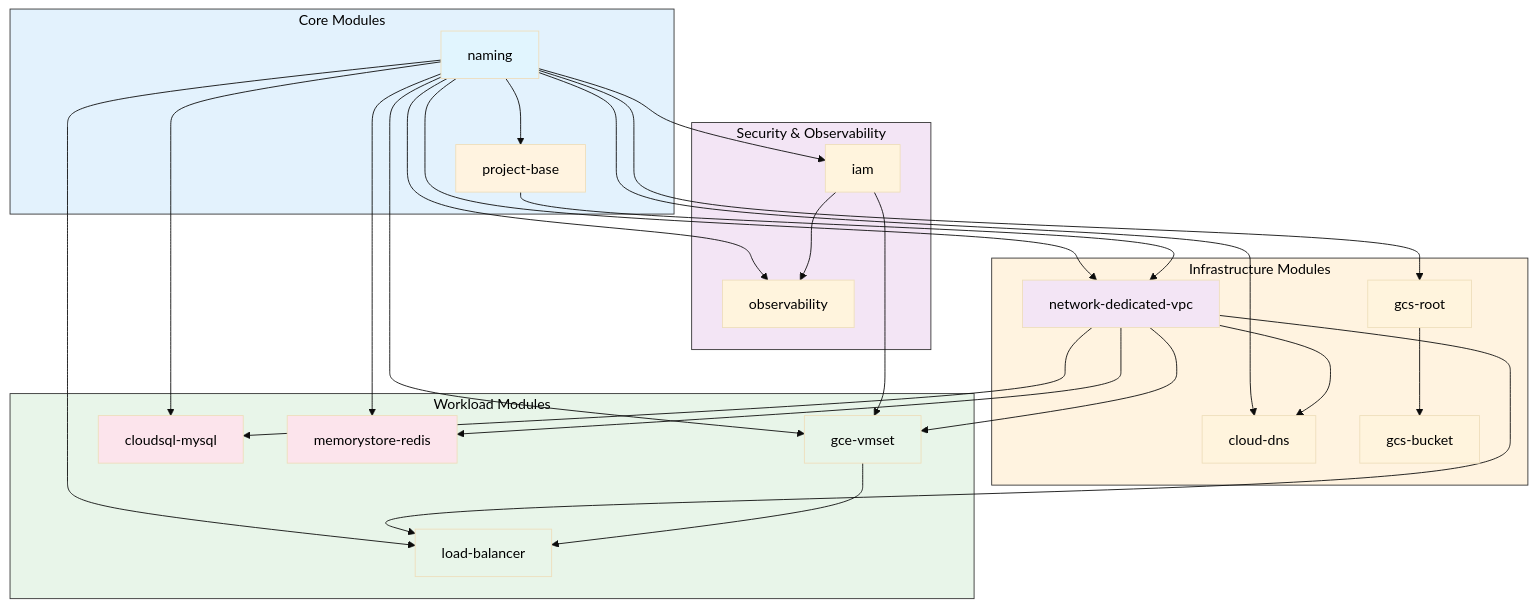
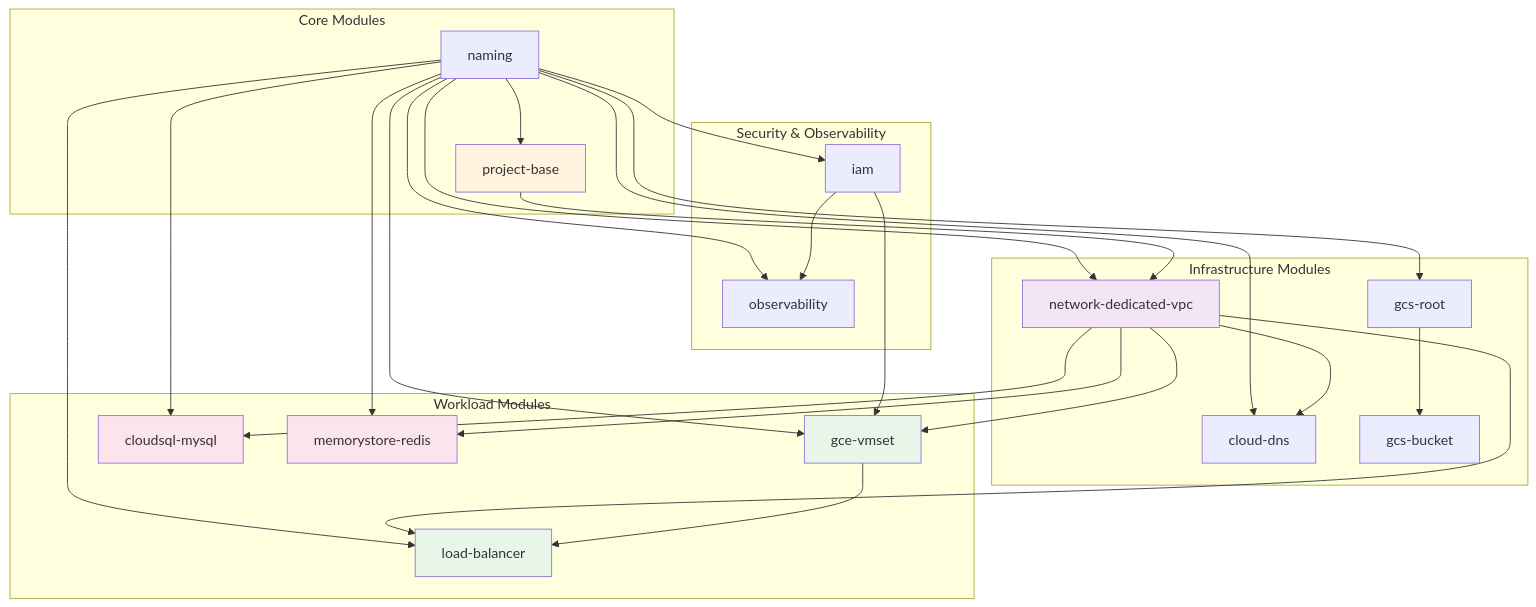
The second of 4 diagrams in terraform_gcp_infra/docs/architecture/overview.md (JSJ2337/GCP_terraform_code), drawn with Mermaid before and after one commit. The commit also changed other lines of this file and 5 other files, not shown here.

First line of the commit message:
fix: Mermaid 다이어그램 테마를 default로 변경 및 단순화

````diff
--- a/terraform_gcp_infra/docs/architecture/overview.md
+++ b/terraform_gcp_infra/docs/architecture/overview.md
@@ -59,68 +57,64 @@
 ```mermaid
-%%{init: {'theme': 'base', 'themeVariables': { 'primaryTextColor': '#000000', 'secondaryTextColor': '#000000', 'tertiaryTextColor': '#000000', 'clusterBkg': '#ffffff', 'clusterBorder': '#333333' }}}%%
+%%{init: {'theme': 'default'}}%%
 graph TB
     subgraph Core["Core Modules"]
         NAMING[naming]
         PROJECT[project-base]
     end
 
     subgraph Infra["Infrastructure Modules"]
         NETWORK[network-dedicated-vpc]
         DNS[cloud-dns]
         STORAGE[gcs-root]
         BUCKET[gcs-bucket]
     end
 
     subgraph Security["Security & Observability"]
         IAM[iam]
         OBS[observability]
     end
 
     subgraph Workload["Workload Modules"]
         VM[gce-vmset]
         SQL[cloudsql-mysql]
         REDIS[memorystore-redis]
         LB[load-balancer]
     end
 
     %% Core dependencies
     NAMING --> PROJECT
     NAMING --> NETWORK
     NAMING --> DNS
     NAMING --> STORAGE
     NAMING --> IAM
     NAMING --> OBS
     NAMING --> VM
     NAMING --> SQL
     NAMING --> REDIS
     NAMING --> LB
 
     %% Infrastructure dependencies
     PROJECT --> NETWORK
     NETWORK --> DNS
     NETWORK --> VM
     NETWORK --> SQL
     NETWORK --> REDIS
     NETWORK --> LB
 
     STORAGE --> BUCKET
 
     %% Security dependencies
     IAM --> VM
     IAM --> OBS
 
     %% Workload dependencies
     VM --> LB
 
-    style Core fill:#e3f2fd,color:#000000
-    style Infra fill:#fff3e0,color:#000000
-    style Security fill:#f3e5f5,color:#000000
-    style Workload fill:#e8f5e9,color:#000000
-    style NAMING fill:#e1f5fe
+    style Core fill:#e3f2fd    style Infra fill:#fff3e0    style Security fill:#f3e5f5    style Workload fill:#e8f5e9    style NAMING fill:#e1f5fe
     style PROJECT fill:#fff3e0
     style NETWORK fill:#f3e5f5
     style VM fill:#e8f5e9
     style SQL fill:#fce4ec
     style REDIS fill:#fce4ec
     style LB fill:#e8f5e9
 ```
````
